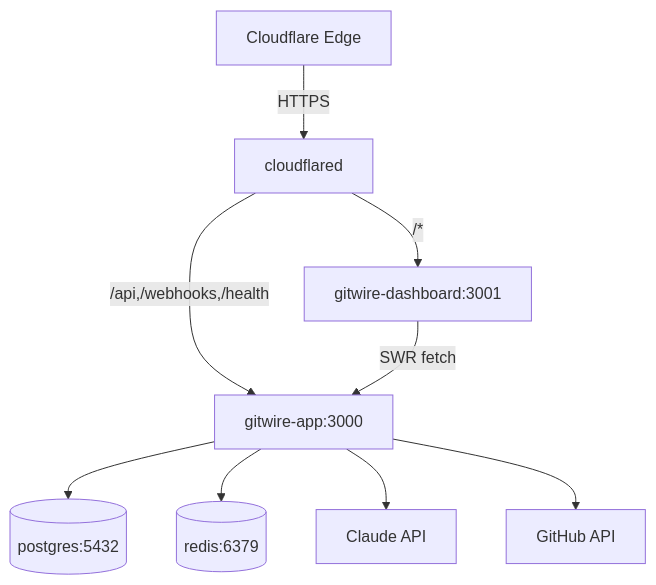
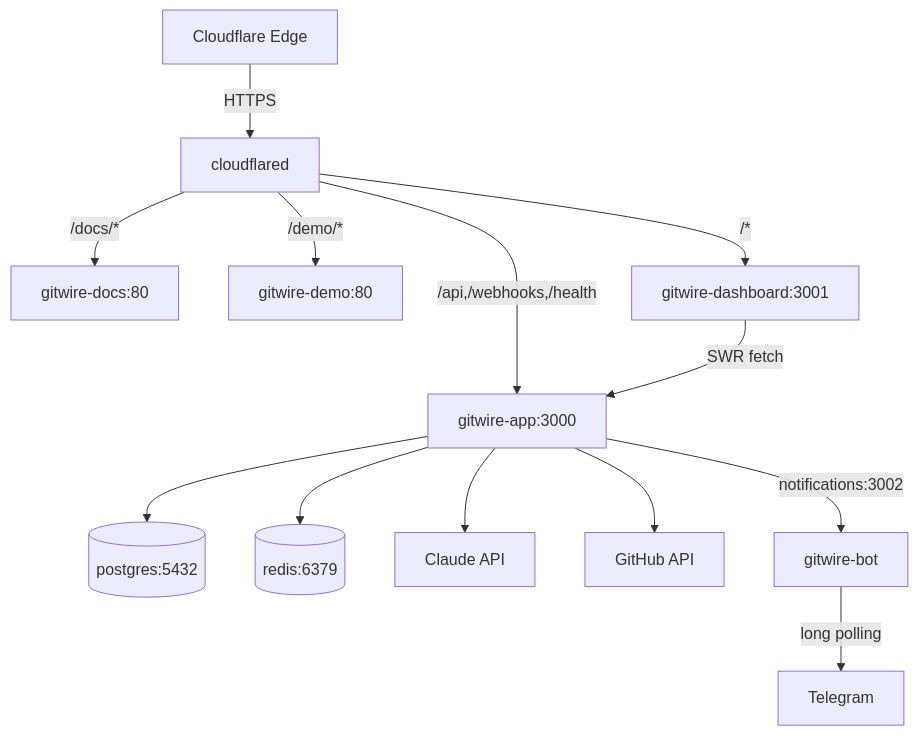
One commit to Octo-Lex/GitWire changed the diagram in docs/architecture/system-architecture.md. Above: the diagram before and after it, drawn with Mermaid. The commit also changed other lines of this file and 9 other files, not shown here.

````diff
--- a/docs/architecture/system-architecture.md
+++ b/docs/architecture/system-architecture.md
@@ -33,11 +53,15 @@
 ```mermaid
 graph TB
     CF[Cloudflare Edge] -->|HTTPS| TUN[cloudflared]
     TUN -->|/api,/webhooks,/health| APP[gitwire-app:3000]
+    TUN -->|/docs/*| DOCS[gitwire-docs:80]
+    TUN -->|/demo/*| DEMO[gitwire-demo:80]
     TUN -->|/*| DASH[gitwire-dashboard:3001]
     APP --> PG[(postgres:5432)]
     APP --> RD[(redis:6379)]
     APP --> CL[Claude API]
     APP --> GH[GitHub API]
+    APP -->|notifications:3002| BOT[gitwire-bot]
     DASH -->|SWR fetch| APP
+    BOT -->|long polling| TG[Telegram]
 ```
````
